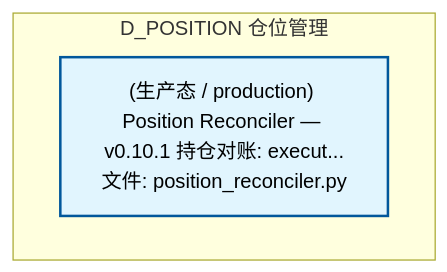
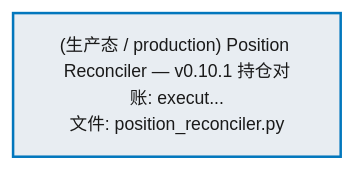
One commit to xuanFelixVan/ZephyrAlpha changed the second of 3 diagrams in docs/02_enterprise_architecture/02_domain_architecture_docs/64_d_position.md. Above: the diagram before and after it, drawn with Mermaid. The commit also changed other lines of this file and 76 other files, not shown here.

````diff
--- a/docs/02_enterprise_architecture/02_domain_architecture_docs/64_d_position.md
+++ b/docs/02_enterprise_architecture/02_domain_architecture_docs/64_d_position.md
@@ -77,11 +76,10 @@
 ```mermaid
-graph TD
-    subgraph D_POSITION["D_POSITION 仓位管理"]
-        src_zephyr_position_position_reconciler_py["(生产态 / production) Position Reconciler — v0.10.1 持仓对账: execut...<br/>文件: position_reconciler.py"]
-    end
-    classDef production fill:#e1f5fe,stroke:#01579b,stroke-width:2px,color:#000
-    classDef design fill:#fff3e0,stroke:#e65100,stroke-width:2px,color:#000,stroke-dasharray: 5 5
-    classDef external_prod fill:#e8f5e9,stroke:#1b5e20,stroke-width:1px,color:#000
-    classDef external_design fill:#fce4ec,stroke:#880e4f,stroke-width:1px,color:#000,stroke-dasharray: 5 5
+%%{init: {'theme': 'base', 'themeVariables': {'primaryColor': '#eaeaea', 'primaryTextColor': '#333333', 'primaryBorderColor': '#666666', 'lineColor': '#666666', 'secondaryColor': '#eaeaea', 'tertiaryColor': '#eaeaea', 'fontSize': '14px'}}}%%
+flowchart TD
+    src_zephyr_position_position_reconciler_py["(生产态 / production) Position Reconciler — v0.10.1 持仓对账: execut...<br/>文件: position_reconciler.py"]
+    classDef production fill:#e8edf2,stroke:#0277bd,stroke-width:2px,color:#1a1a1a
+    classDef design fill:#f0ebe3,stroke:#bf360c,stroke-width:2px,color:#1a1a1a,stroke-dasharray: 5 5
+    classDef external_prod fill:#e8efe9,stroke:#1b5e20,stroke-width:1px,color:#1a1a1a
+    classDef external_design fill:#efe5ea,stroke:#880e4f,stroke-width:1px,color:#1a1a1a,stroke-dasharray: 5 5
     class src_zephyr_position_position_reconciler_py production
 ```
````
